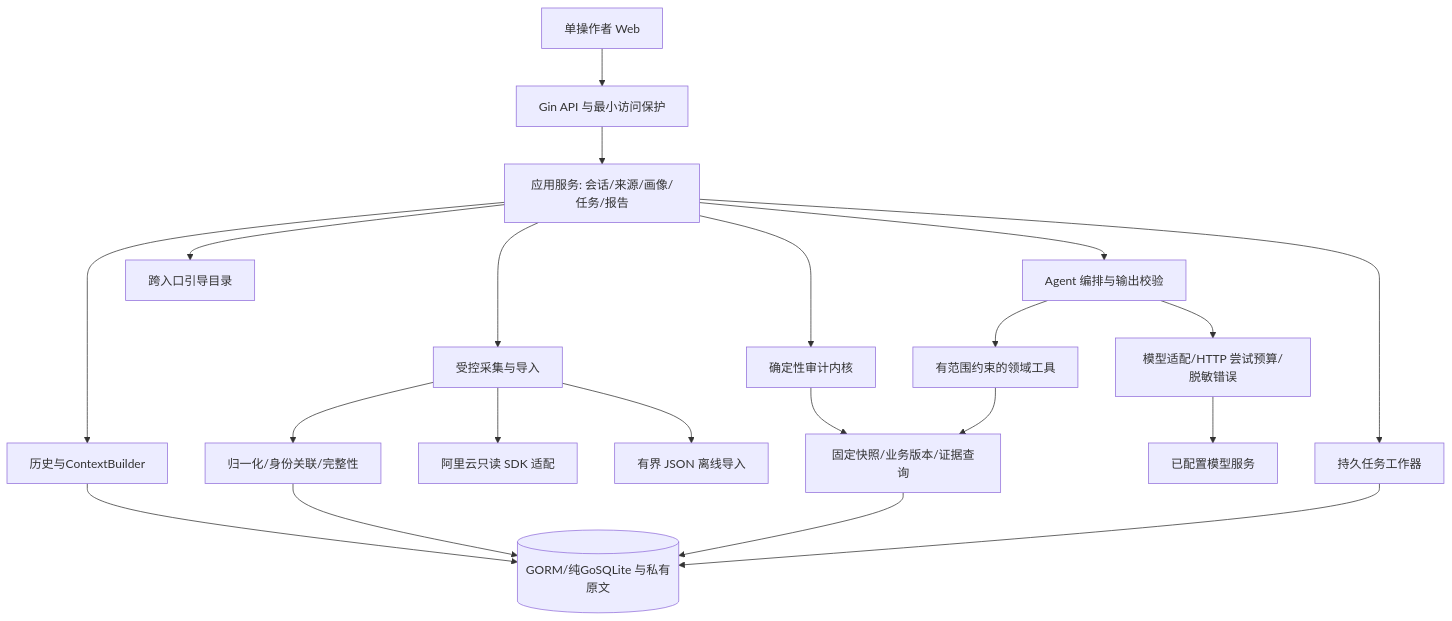
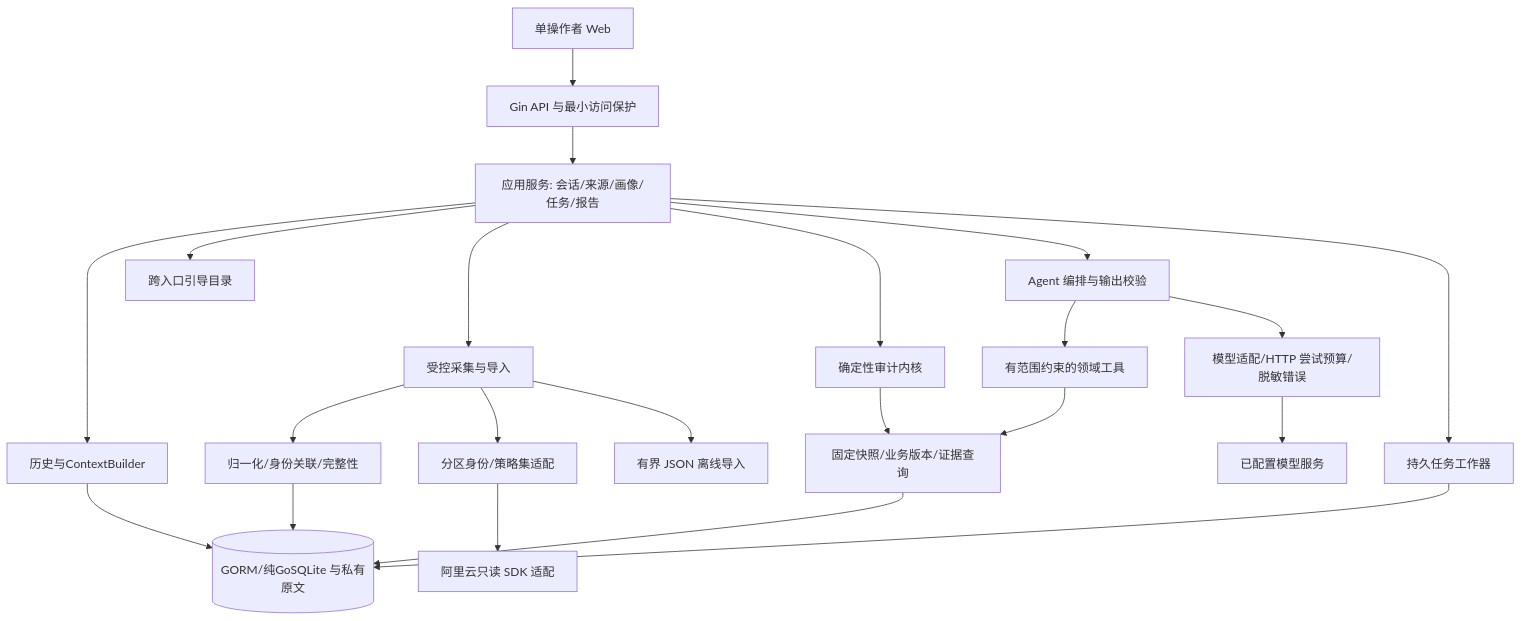
Before and after one commit to codelaod/cfw-policy-llm-agent: the first of 2 diagrams in docs/03-architecture-discussion.md, drawn with Mermaid. The commit also changed other lines of this file and 57 other files, not shown here.

````diff
--- a/docs/03-architecture-discussion.md
+++ b/docs/03-architecture-discussion.md
@@ -42,23 +71,24 @@
 ```mermaid
 flowchart TB
   U[单操作者 Web] --> H[Gin API 与最小访问保护]
   H --> A[应用服务: 会话/来源/画像/任务/报告]
   A --> HS[历史与ContextBuilder]
   HS --> S
   A --> GC[跨入口引导目录]
   A --> C[受控采集与导入]
   A --> R[确定性审计内核]
   A --> G[Agent 编排与输出校验]
   A --> J[持久任务工作器]
   G --> T[有范围约束的领域工具]
   T --> Q[固定快照/业务版本/证据查询]
   R --> Q
   C --> N[归一化/身份关联/完整性]
   N --> S[(GORM/纯GoSQLite 与私有原文)]
   Q --> S
   J --> S
-  C --> AL[阿里云只读 SDK 适配]
+  C --> SP[分区身份/策略集适配]
+  SP --> AL[阿里云只读 SDK 适配]
   C --> IM[有界 JSON 离线导入]
   G --> P[模型适配/HTTP 尝试预算/脱敏错误]
   P --> M[已配置模型服务]
 ```
````
